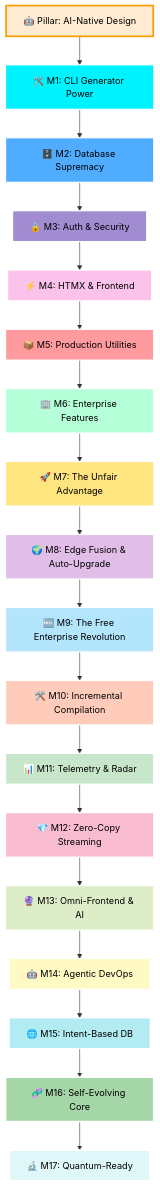
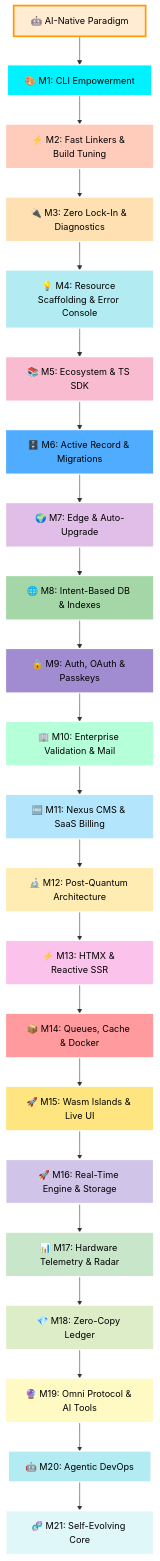
The diagram in docs/src/roadmap.md (Rullst/Rullst), drawn with Mermaid before and after one commit. The commit also changed other lines of this file and 17 other files, not shown here.

Commit message:
feat: introduce resource generator, pkg manager, and enhanced dev server capabilities

````diff
--- a/docs/src/roadmap.md
+++ b/docs/src/roadmap.md
@@ -44,39 +49,47 @@
 ```mermaid
 graph TD
-    M0["🤖 Pillar: AI-Native Design"] --> M1["🛠️ M1: CLI Generator Power"]
-    M1 --> M2["🗄️ M2: Database Supremacy"]
-    M2 --> M3["🔒 M3: Auth & Security"]
-    M3 --> M4["⚡ M4: HTMX & Frontend"]
-    M4 --> M5["📦 M5: Production Utilities"]
-    M5 --> M6["🏢 M6: Enterprise Features"]
-    M6 --> M7["🚀 M7: The Unfair Advantage"]
-    M7 --> M8["🌍 M8: Edge Fusion & Auto-Upgrade"]
-    M8 --> M9["🆓 M9: The Free Enterprise Revolution"]
-    M9 --> M10["🛠️ M10: Incremental Compilation"]
-    M10 --> M11["📊 M11: Telemetry & Radar"]
-    M11 --> M12["💎 M12: Zero-Copy Streaming"]
-    M12 --> M13["🔮 M13: Omni-Frontend & AI"]
-    M13 --> M14["🤖 M14: Agentic DevOps"]
-    M14 --> M15["🌐 M15: Intent-Based DB"]
-    M15 --> M16["🧬 M16: Self-Evolving Core"]
-    M16 --> M17["🔬 M17: Quantum-Ready"]
+    M0["🤖 AI-Native Paradigm"] --> M1["🎨 M1: CLI Empowerment"]
+    M1 --> M2["⚡ M2: Fast Linkers & Build Tuning"]
+    M2 --> M3["🔌 M3: Zero Lock-In & Diagnostics"]
+    M3 --> M4["💡 M4: Resource Scaffolding & Error Console"]
+    M4 --> M5["📚 M5: Ecosystem & TS SDK"]
+    M5 --> M6["🗄️ M6: Active Record & Migrations"]
+    M6 --> M7["🌍 M7: Edge & Auto-Upgrade"]
+    M7 --> M8["🌐 M8: Intent-Based DB & Indexes"]
+    M8 --> M9["🔒 M9: Auth, OAuth & Passkeys"]
+    M9 --> M10["🏢 M10: Enterprise Validation & Mail"]
+    M10 --> M11["🆓 M11: Nexus CMS & SaaS Billing"]
+    M11 --> M12["🔬 M12: Post-Quantum Architecture"]
+    M12 --> M13["⚡ M13: HTMX & Reactive SSR"]
+    M13 --> M14["📦 M14: Queues, Cache & Docker"]
+    M14 --> M15["🚀 M15: Wasm Islands & Live UI"]
+    M15 --> M16["🚀 M16: Real-Time Engine & Storage"]
+    M16 --> M17["📊 M17: Hardware Telemetry & Radar"]
+    M17 --> M18["💎 M18: Zero-Copy Ledger"]
+    M18 --> M19["🔮 M19: Omni Protocol & AI Tools"]
+    M19 --> M20["🤖 M20: Agentic DevOps"]
+    M20 --> M21["🧬 M21: Self-Evolving Core"]
 
     style M0  fill:#ffecd2,stroke:#ff9a00,stroke-width:3px,color:#000
     style M1  fill:#00f2fe,stroke:#fff,stroke-width:2px,color:#000
-    style M2  fill:#4facfe,stroke:#fff,stroke-width:2px,color:#000
-    style M3  fill:#a18cd1,stroke:#fff,stroke-width:2px,color:#000
-    style M4  fill:#fbc2eb,stroke:#fff,stroke-width:2px,color:#000
-    style M5  fill:#ff9a9e,stroke:#fff,stroke-width:2px,color:#000
-    style M6  fill:#b5ffd9,stroke:#fff,stroke-width:2px,color:#000
-    style M7  fill:#ffe57f,stroke:#fff,stroke-width:2px,color:#000
-    style M8  fill:#e1bee7,stroke:#fff,stroke-width:2px,color:#000
-    style M9  fill:#b3e5fc,stroke:#fff,stroke-width:2px,color:#000
-    style M10 fill:#ffccbc,stroke:#fff,stroke-width:2px,color:#000
-    style M11 fill:#c8e6c9,stroke:#fff,stroke-width:2px,color:#000
-    style M12 fill:#f8bbd0,stroke:#fff,stroke-width:2px,color:#000
-    style M13 fill:#dcedc8,stroke:#fff,stroke-width:2px,color:#000
-    style M14 fill:#fff9c4,stroke:#fff,stroke-width:2px,color:#000
-    style M15 fill:#b2ebf2,stroke:#fff,stroke-width:2px,color:#000
-    style M16 fill:#a5d6a7,stroke:#fff,stroke-width:3px,color:#000
-    style M17 fill:#e0f7fa,stroke:#fff,stroke-width:3px,color:#000
+    style M2  fill:#ffccbc,stroke:#fff,stroke-width:2px,color:#000
+    style M3  fill:#ffe0b2,stroke:#fff,stroke-width:2px,color:#000
+    style M4  fill:#b2ebf2,stroke:#fff,stroke-width:2px,color:#000
+    style M5  fill:#f8bbd0,stroke:#fff,stroke-width:2px,color:#000
+    style M6  fill:#4facfe,stroke:#fff,stroke-width:2px,color:#000
+    style M7  fill:#e1bee7,stroke:#fff,stroke-width:2px,color:#000
+    style M8  fill:#a5d6a7,stroke:#fff,stroke-width:2px,color:#000
+    style M9  fill:#a18cd1,stroke:#fff,stroke-width:2px,color:#000
+    style M10 fill:#b5ffd9,stroke:#fff,stroke-width:2px,color:#000
+    style M11 fill:#b3e5fc,stroke:#fff,stroke-width:2px,color:#000
+    style M12 fill:#ffecb3,stroke:#fff,stroke-width:2px,color:#000
+    style M13 fill:#fbc2eb,stroke:#fff,stroke-width:2px,color:#000
+    style M14 fill:#ff9a9e,stroke:#fff,stroke-width:2px,color:#000
+    style M15 fill:#ffe57f,stroke:#fff,stroke-width:2px,color:#000
+    style M16 fill:#d1c4e9,stroke:#fff,stroke-width:3px,color:#000
+    style M17 fill:#c8e6c9,stroke:#fff,stroke-width:2px,color:#000
+    style M18 fill:#dcedc8,stroke:#fff,stroke-width:2px,color:#000
+    style M19 fill:#fff9c4,stroke:#fff,stroke-width:2px,color:#000
+    style M20 fill:#b2ebf2,stroke:#fff,stroke-width:2px,color:#000
+    style M21 fill:#e0f7fa,stroke:#fff,stroke-width:3px,color:#000
 ```
````
